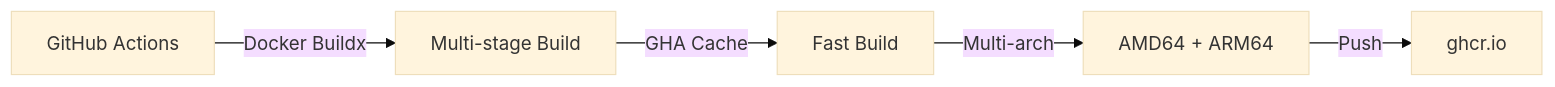
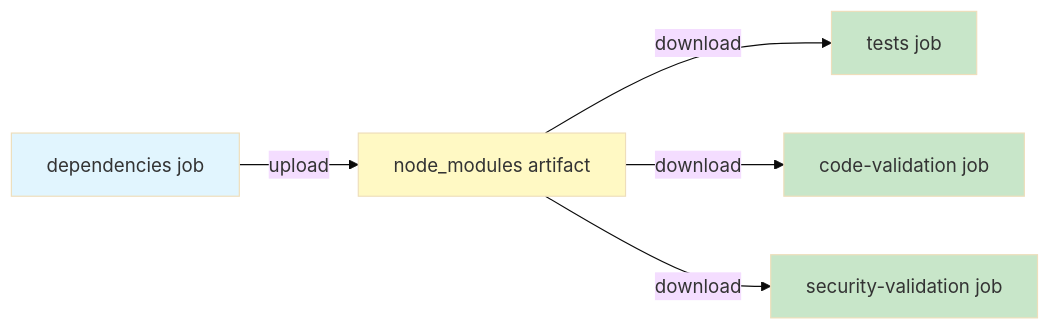
One commit to fede-r1c0/backstage changed the second of 3 diagrams in docs/CI_CD_STRATEGY.md. Above: the diagram before and after it, drawn with Mermaid (base theme). The commit also changed other lines of this file and 1 other file, not shown here.

````diff
--- a/docs/CI_CD_STRATEGY.md
+++ b/docs/CI_CD_STRATEGY.md
@@ -80,7 +114,13 @@
 ```mermaid
 graph LR
-    A[GitHub Actions] -->|Docker Buildx| B[Multi-stage Build]
-    B -->|GHA Cache| C[Fast Build]
-    C -->|Multi-arch| D[AMD64 + ARM64]
-    D -->|Push| E[ghcr.io]
+    A[dependencies job] -->|upload| B[node_modules artifact]
+    B -->|download| C[tests job]
+    B -->|download| D[code-validation job]
+    B -->|download| E[security-validation job]
+    
+    style A fill:#e1f5fe
+    style B fill:#fff9c4
+    style C fill:#c8e6c9
+    style D fill:#c8e6c9
+    style E fill:#c8e6c9
 ```
````
